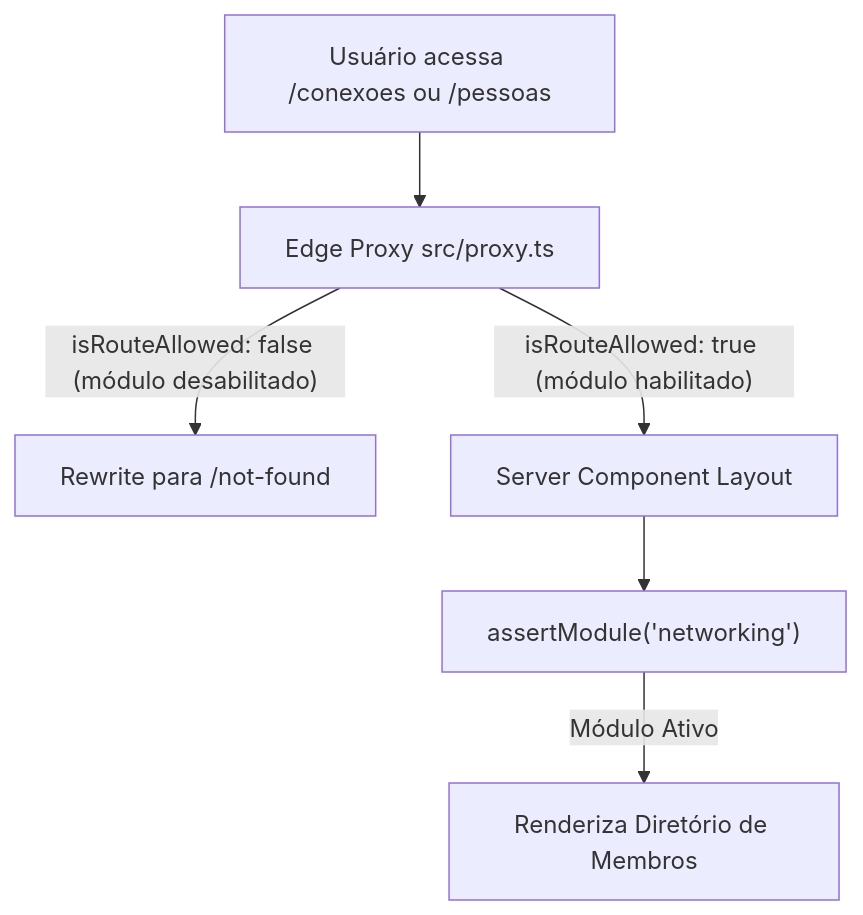
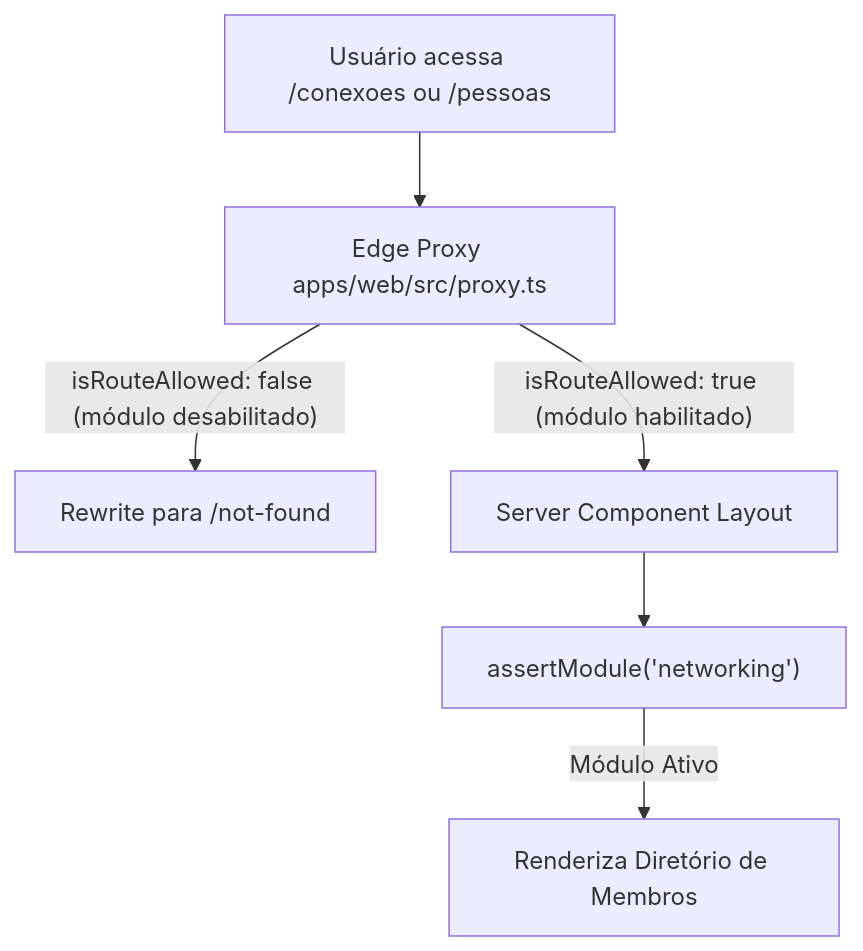
One commit to gui-bus/clubkey changed the first of 2 diagrams in docs/pages/portal/CONEXOES.md. Above: the diagram before and after it, drawn with Mermaid. The commit also changed other lines of this file and 9 other files, not shown here.

````diff
--- a/docs/pages/portal/CONEXOES.md
+++ b/docs/pages/portal/CONEXOES.md
@@ -11,8 +11,8 @@
 ```mermaid
 flowchart TD
-    Req["Usuário acessa /conexoes ou /pessoas"] --> Proxy["Edge Proxy src/proxy.ts"]
+    Req["Usuário acessa /conexoes ou /pessoas"] --> Proxy["Edge Proxy apps/web/src/proxy.ts"]
     Proxy -- "isRouteAllowed: false (módulo desabilitado)" --> 404["Rewrite para /not-found"]
     Proxy -- "isRouteAllowed: true (módulo habilitado)" --> Layout["Server Component Layout"]
     Layout --> Guard["assertModule('networking')"]
     Guard -- "Módulo Ativo" --> Page["Renderiza Diretório de Membros"]
 ```
````
